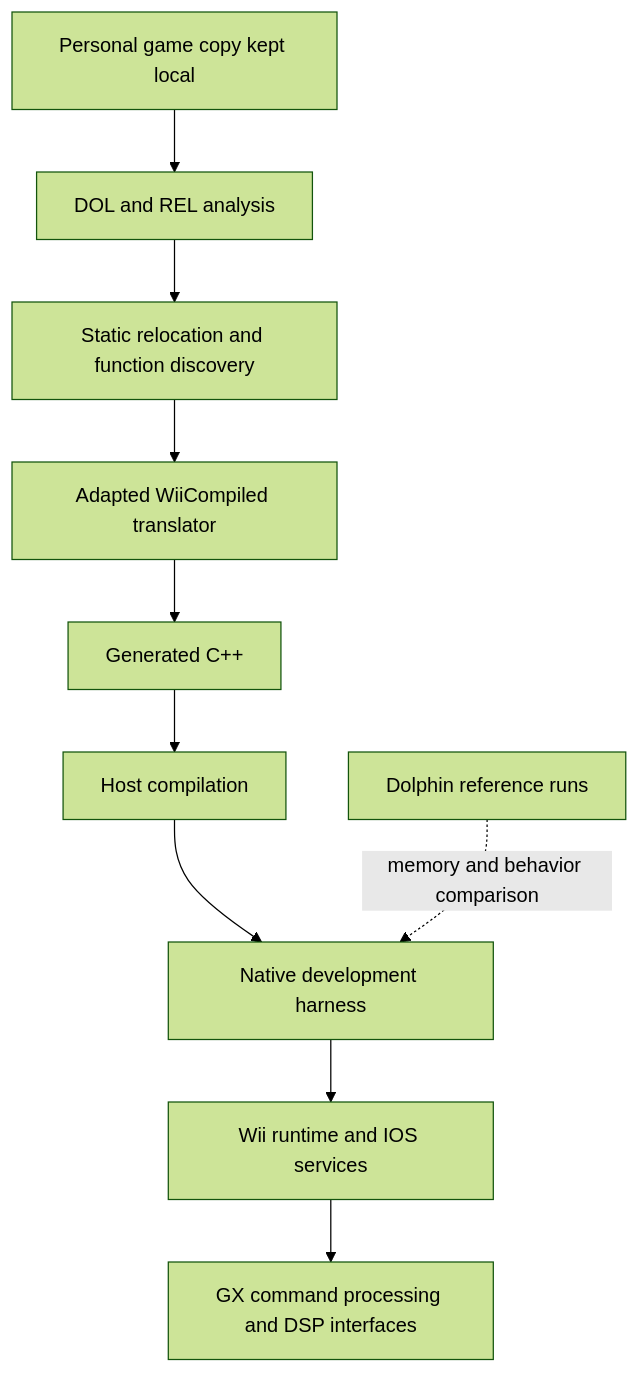
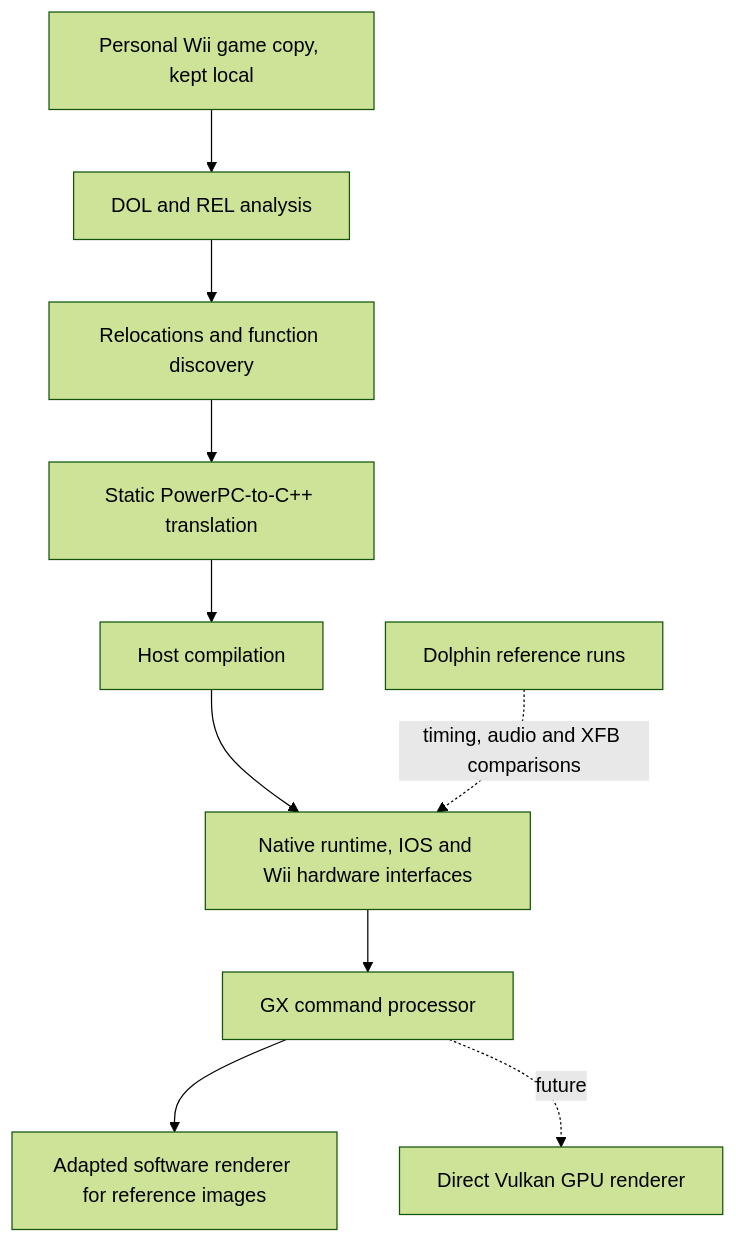
One commit to Petrus-Canisius/Metroid-Other-M-Native-HD changed the diagram in docs/ARCHITECTURE.md. Above: the diagram before and after it, drawn with Mermaid (forest theme). The commit also changed other lines of this file, not shown here.

Commit message:
docs: record validated software GX renderer and native menu progress

````diff
--- a/docs/ARCHITECTURE.md
+++ b/docs/ARCHITECTURE.md
@@ -9,12 +9,12 @@
 ```mermaid
 flowchart TD
-    A[Personal game copy kept local] --> B[DOL and REL analysis]
-    B --> C[Static relocation and function discovery]
-    C --> D[Adapted WiiCompiled translator]
-    D --> E[Generated C++]
-    E --> F[Host compilation]
-    F --> G[Native development harness]
-    G --> H[Wii runtime and IOS services]
-    H --> I[GX command processing and DSP interfaces]
-    J[Dolphin reference runs] -. memory and behavior comparison .-> G
+    A[Personal Wii game copy, kept local] --> B[DOL and REL analysis]
+    B --> C[Relocations and function discovery]
+    C --> D[Static PowerPC-to-C++ translation]
+    D --> E[Host compilation]
+    E --> F[Native runtime, IOS and Wii hardware interfaces]
+    F --> G[GX command processor]
+    G --> H[Adapted software renderer for reference images]
+    G -. future .-> I[Direct Vulkan GPU renderer]
+    J[Dolphin reference runs] -. timing, audio and XFB comparisons .-> F
 ```
````
